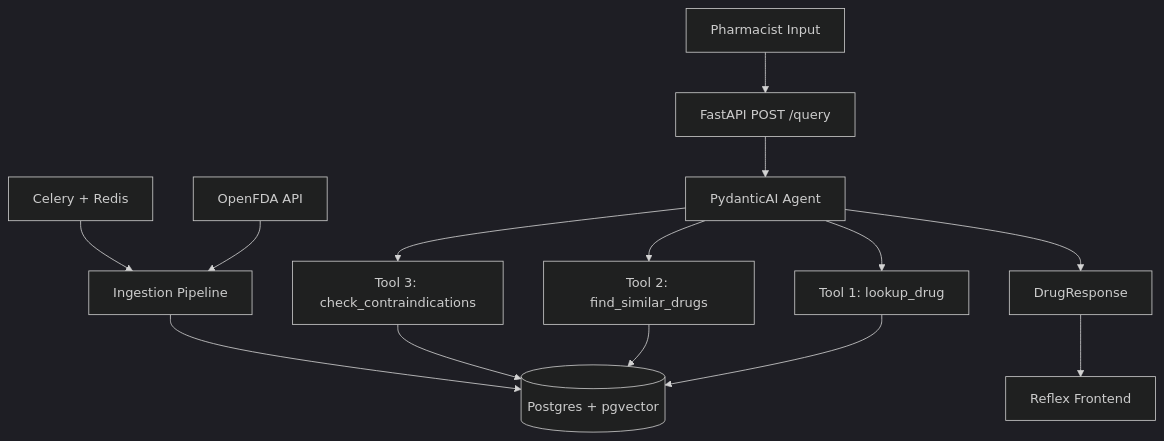
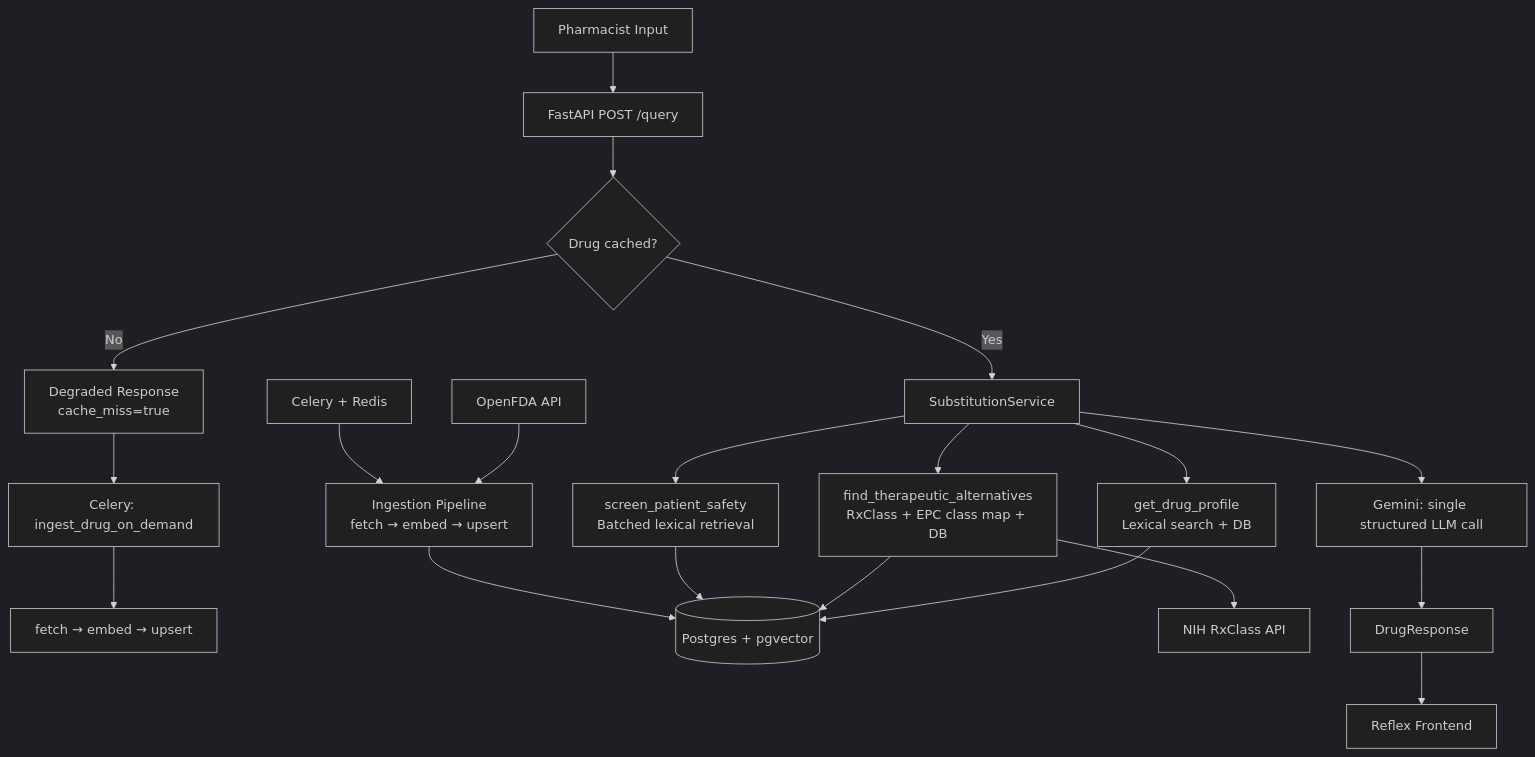
The diagram in README.md (DanielPopoola/pharm-ai), drawn with Mermaid (dark theme) before and after one commit. The commit also changed other lines of this file and 2 other files, not shown here.

Commit message:
feat(rxclass): implement RxClass client for fetching EPC class IDs and members feat(scripts): add script to discover RxClass EPC class IDs for therapeutic classes

````diff
--- a/README.md
+++ b/README.md
@@ -9,14 +11,20 @@
 ```mermaid
 flowchart TD
     A[Pharmacist Input] --> B[FastAPI POST /query]
-    B --> C[PydanticAI Agent]
-    C --> D[Tool 1: lookup_drug]
-    C --> E[Tool 2: find_similar_drugs]
-    C --> F[Tool 3: check_contraindications]
-    D & E & F --> G[(Postgres + pgvector)]
-    H[OpenFDA API] --> I[Ingestion Pipeline]
-    I --> G
-    J[Celery + Redis] --> I
-    C --> K[DrugResponse]
-    K --> L[Reflex Frontend]
+    B --> C{Drug cached?}
+    C -->|No| D[Degraded Response\ncache_miss=true]
+    C -->|Yes| E[SubstitutionService]
+    D --> F[Celery: ingest_drug_on_demand]
+    F --> G[fetch → embed → upsert]
+    E --> H[get_drug_profile\nLexical search + DB]
+    E --> I[find_therapeutic_alternatives\nRxClass + EPC class map + DB]
+    E --> J[screen_patient_safety\nBatched lexical retrieval]
+    H & I & J --> K[(Postgres + pgvector)]
+    I --> L[NIH RxClass API]
+    E --> M[Gemini: single structured LLM call]
+    M --> N[DrugResponse]
+    N --> O[Reflex Frontend]
+    P[OpenFDA API] --> Q[Ingestion Pipeline\nfetch → embed → upsert]
+    Q --> K
+    R[Celery + Redis] --> Q
 ```
````
